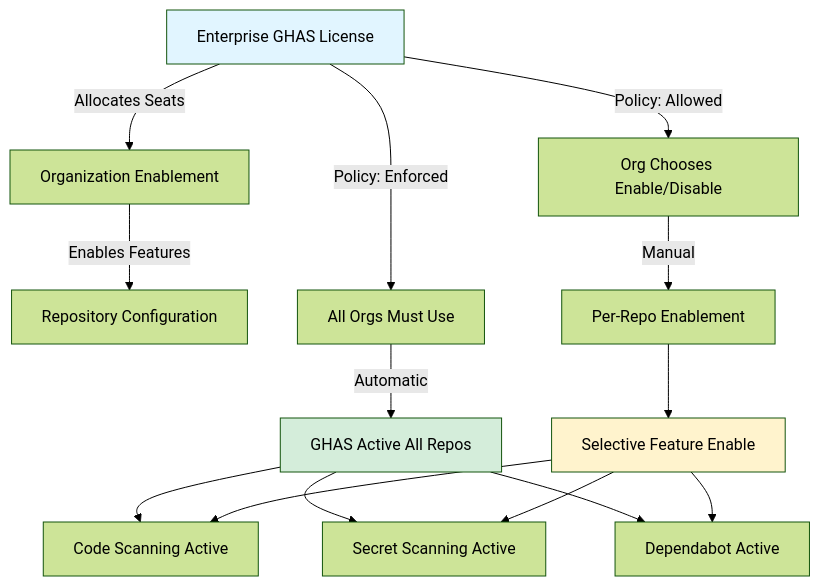
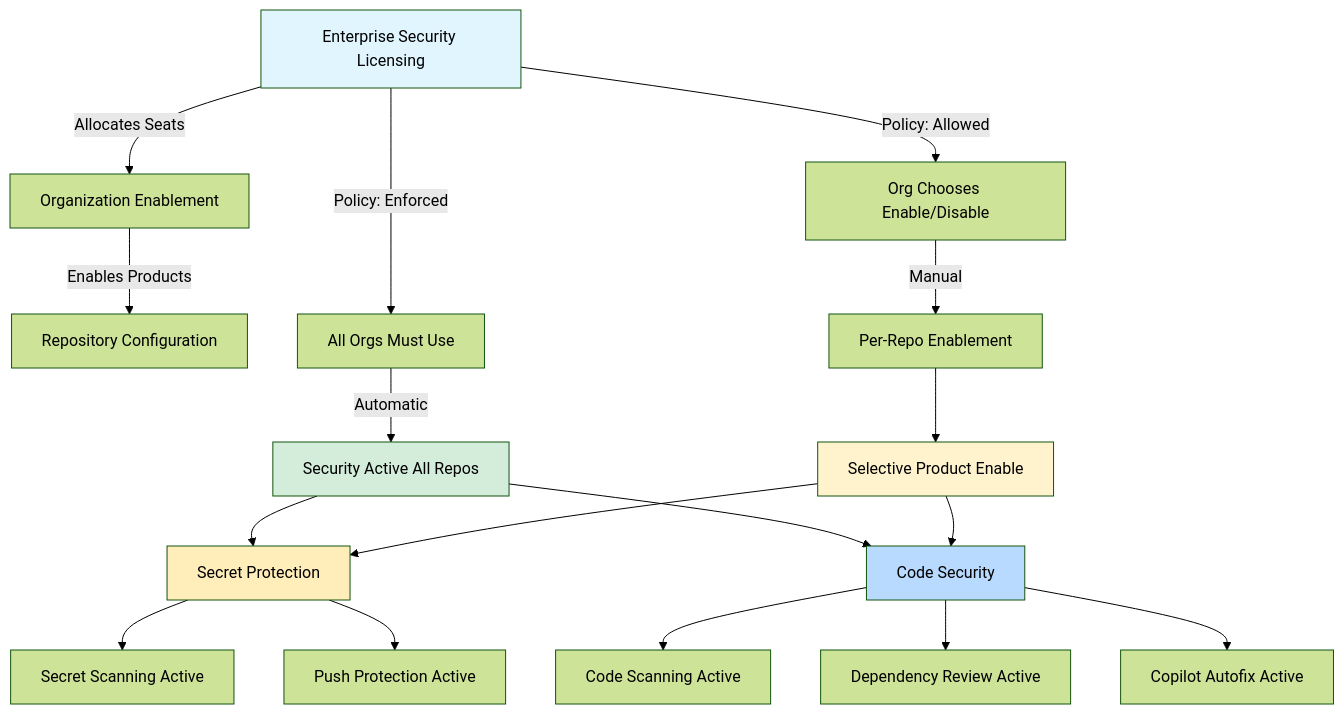
Before and after one commit to Tdblackston0/gh-abcs-admin: the first of 5 diagrams in docs/08-security-compliance.md, drawn with Mermaid (forest theme). The commit also changed other lines of this file and 16 other files, not shown here.

````diff
--- a/docs/08-security-compliance.md
+++ b/docs/08-security-compliance.md
@@ -39,24 +53,30 @@
 ```mermaid
 graph TD
-    A[Enterprise GHAS License] -->|Allocates Seats| B[Organization Enablement]
-    B -->|Enables Features| C[Repository Configuration]
+    A[Enterprise Security Licensing] -->|Allocates Seats| B[Organization Enablement]
+    B -->|Enables Products| C[Repository Configuration]
     
     A -->|Policy: Enforced| D[All Orgs Must Use]
     A -->|Policy: Allowed| E[Org Chooses Enable/Disable]
     
-    D -->|Automatic| F[GHAS Active All Repos]
+    D -->|Automatic| F[Security Active All Repos]
     E -->|Manual| G[Per-Repo Enablement]
     
-    F --> H[Code Scanning Active]
-    F --> I[Secret Scanning Active]
-    F --> J[Dependabot Active]
+    F --> SP[Secret Protection]
+    F --> CS[Code Security]
     
-    G --> K[Selective Feature Enable]
-    K --> H
-    K --> I
-    K --> J
+    SP --> I[Secret Scanning Active]
+    SP --> PP[Push Protection Active]
+    CS --> H[Code Scanning Active]
+    CS --> J[Dependency Review Active]
+    CS --> CA[Copilot Autofix Active]
+    
+    G --> K[Selective Product Enable]
+    K --> SP
+    K --> CS
     
     style A fill:#e1f5ff
     style F fill:#d4edda
     style K fill:#fff3cd
+    style SP fill:#ffeeba
+    style CS fill:#b8daff
 ```
````
